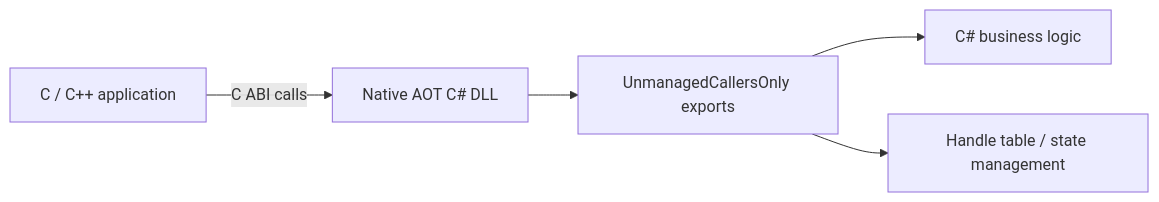
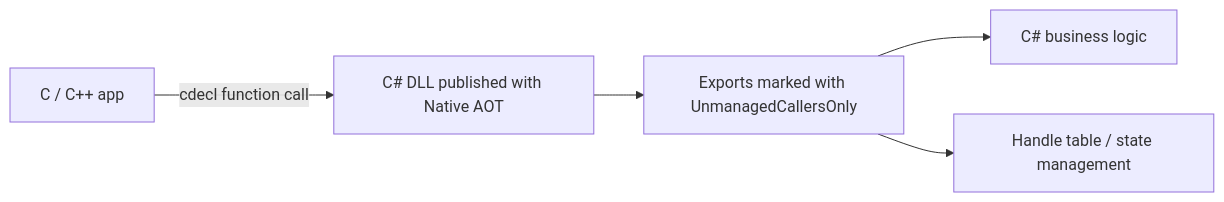
The diagram in _posts/2026-03-12-003-csharp-native-aot-native-dll-from-c-cpp-en.md (gomurin0428/KomuraSoftWeb), drawn with Mermaid before and after one commit. The commit also changed other lines of this file and 4 other files, not shown here.

````diff
--- a/_posts/2026-03-12-003-csharp-native-aot-native-dll-from-c-cpp-en.md
+++ b/_posts/2026-03-12-003-csharp-native-aot-native-dll-from-c-cpp-en.md
@@ -55,7 +74,7 @@
 ```mermaid
 flowchart LR
-    Cpp["C / C++ application"] -->|C ABI calls| Dll["Native AOT C# DLL"]
-    Dll --> Exports["UnmanagedCallersOnly exports"]
+    Cpp["C / C++ app"] -->|cdecl function call| Dll["C# DLL published with Native AOT"]
+    Dll --> Exports["Exports marked with UnmanagedCallersOnly"]
     Exports --> Core["C# business logic"]
     Exports --> Store["Handle table / state management"]
 ```
````
